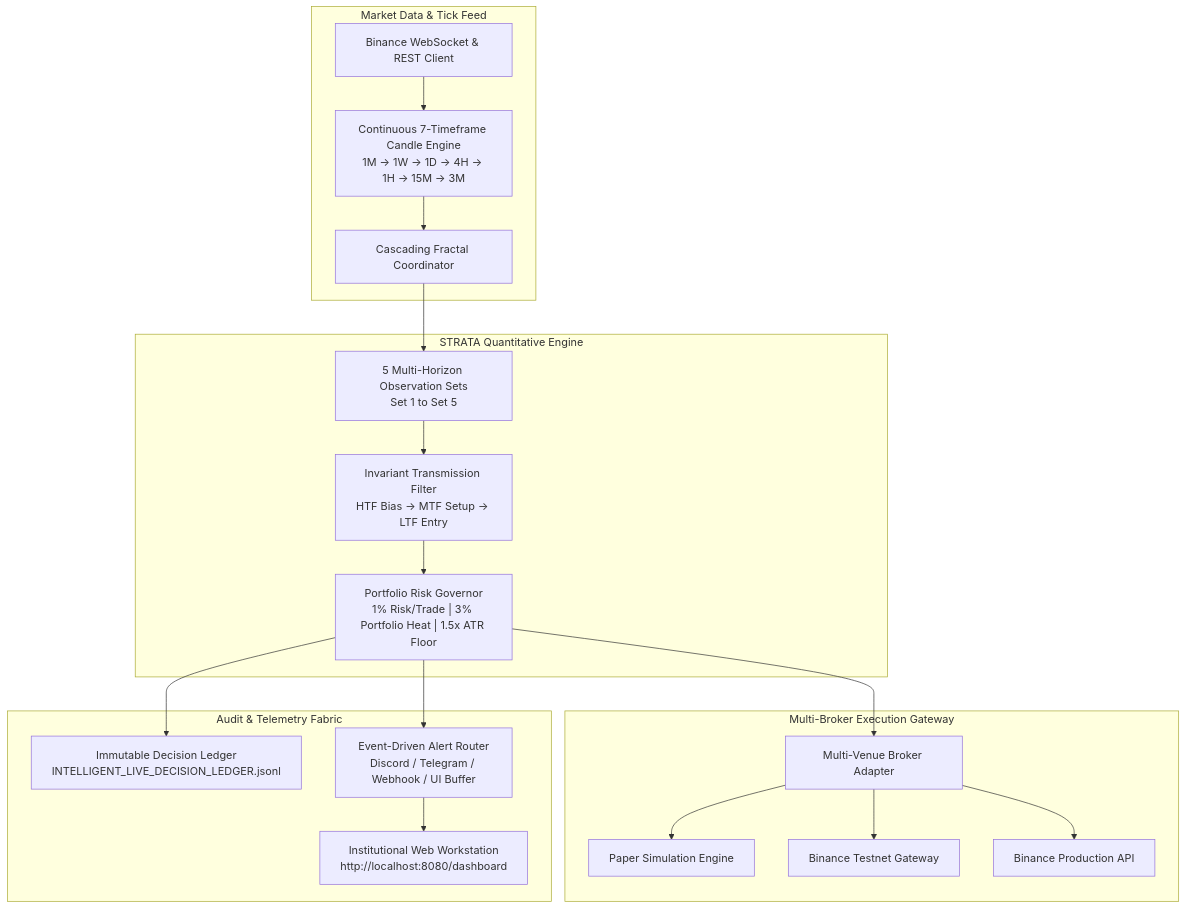
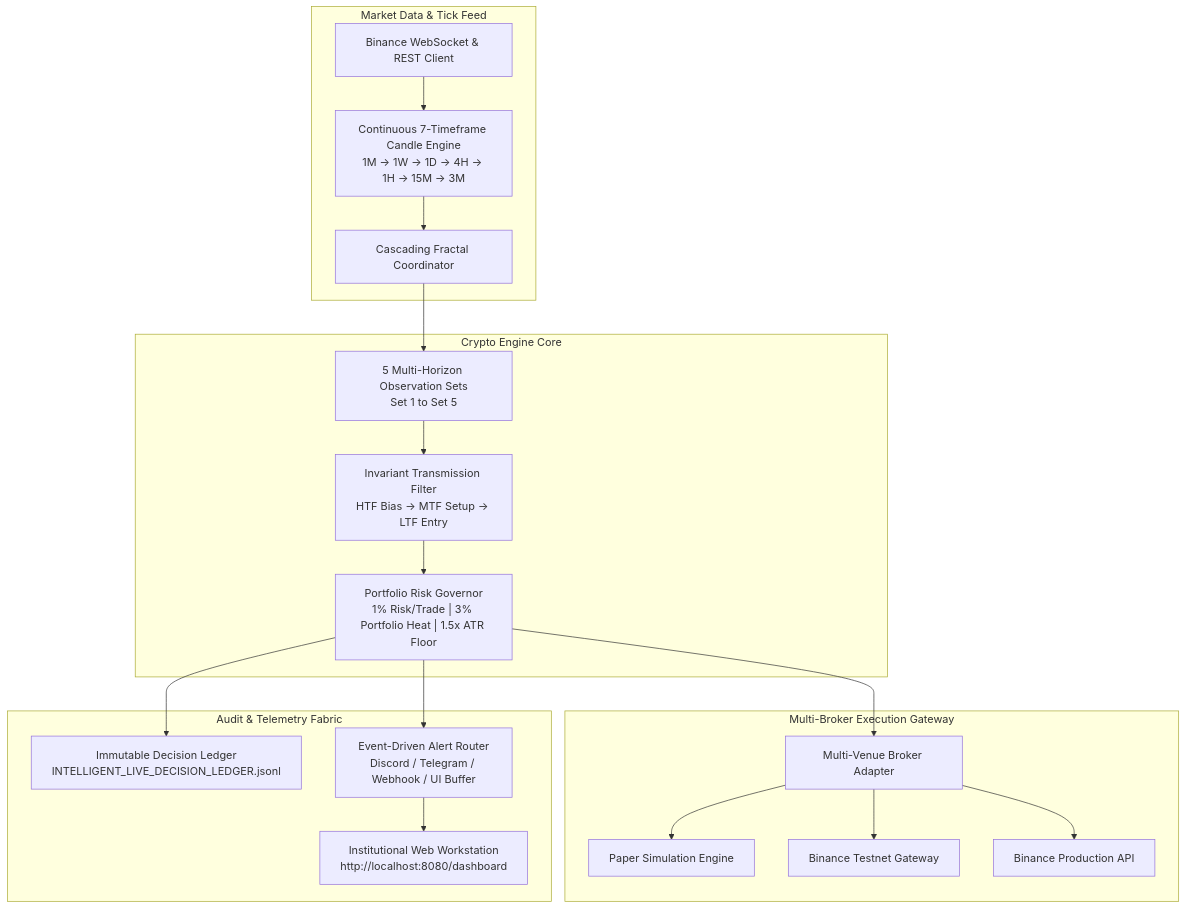
The diagram in README.md (Quantitative-Systems/crypto-platform), drawn with Mermaid before and after one commit. The commit also changed other lines of this file and 2 other files, not shown here.

Commit message:
docs: standardize naming strictly to Crypto Engine across README and daemon modules

````diff
--- a/README.md
+++ b/README.md
@@ -180,26 +180,26 @@
 ```mermaid
 graph TD
     subgraph DataPlane [Market Data & Tick Feed]
         BinanceWS["Binance WebSocket & REST Client"] --> ContinuousCandles["Continuous 7-Timeframe Candle Engine<br/>1M → 1W → 1D → 4H → 1H → 15M → 3M"]
         ContinuousCandles --> Coordinator["Cascading Fractal Coordinator"]
     end
 
-    subgraph CoreEngine [STRATA Quantitative Engine]
+    subgraph CoreEngine [Crypto Engine Core]
         Coordinator --> MultiSet["5 Multi-Horizon Observation Sets<br/>Set 1 to Set 5"]
         MultiSet --> InvariantFilter["Invariant Transmission Filter<br/>HTF Bias → MTF Setup → LTF Entry"]
         InvariantFilter --> RiskGov["Portfolio Risk Governor<br/>1% Risk/Trade | 3% Portfolio Heat | 1.5x ATR Floor"]
     end
 
     subgraph ExecutionPlane [Multi-Broker Execution Gateway]
         RiskGov --> BrokerGateway["Multi-Venue Broker Adapter"]
         BrokerGateway --> PaperVenue["Paper Simulation Engine"]
         BrokerGateway --> BinanceTestnet["Binance Testnet Gateway"]
         BrokerGateway --> BinanceLive["Binance Production API"]
     end
 
     subgraph AuditAlertPlane [Audit & Telemetry Fabric]
         RiskGov --> Ledger["Immutable Decision Ledger<br/>INTELLIGENT_LIVE_DECISION_LEDGER.jsonl"]
         RiskGov --> AlertRouter["Event-Driven Alert Router<br/>Discord / Telegram / Webhook / UI Buffer"]
         AlertRouter --> WebWorkstation["Institutional Web Workstation<br/>http://localhost:8080/dashboard"]
     end
 ```
````
